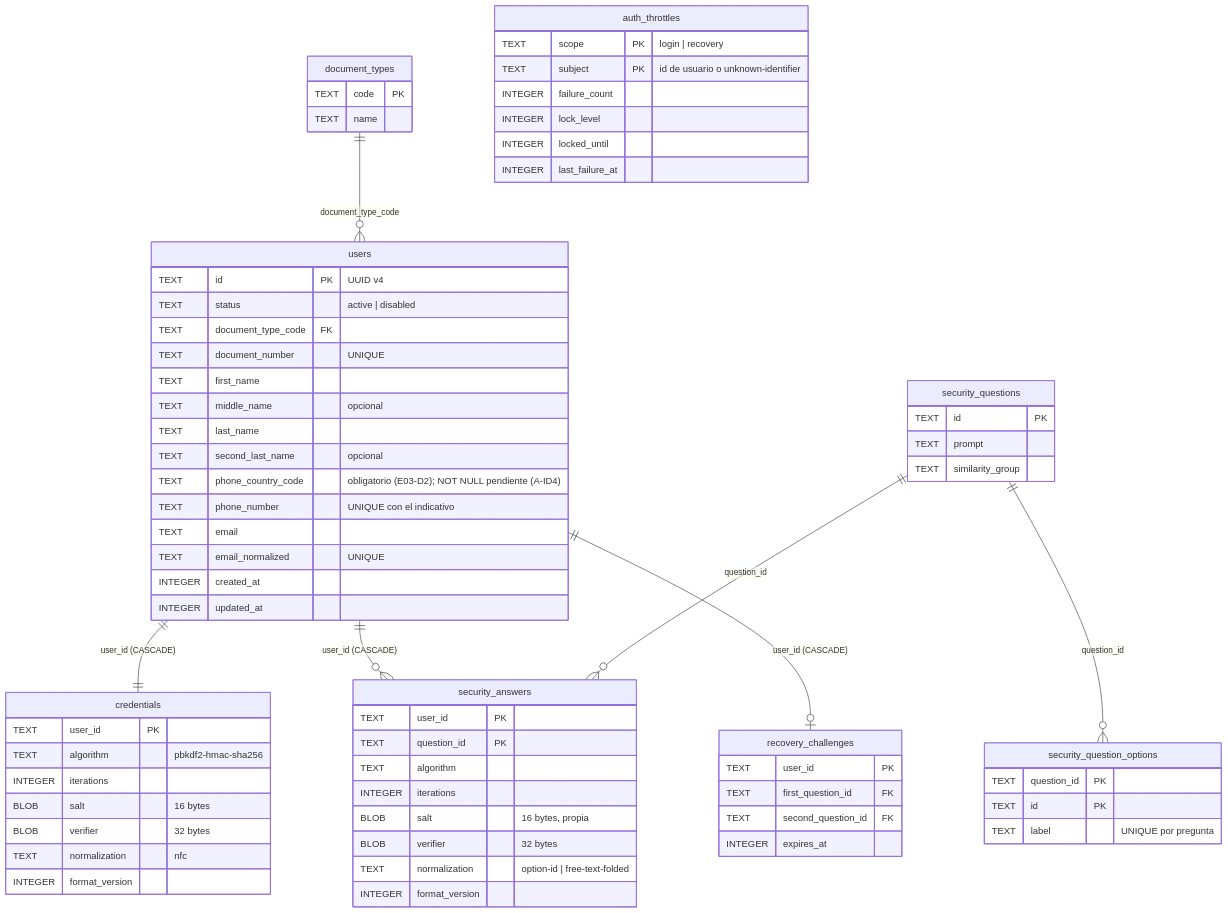
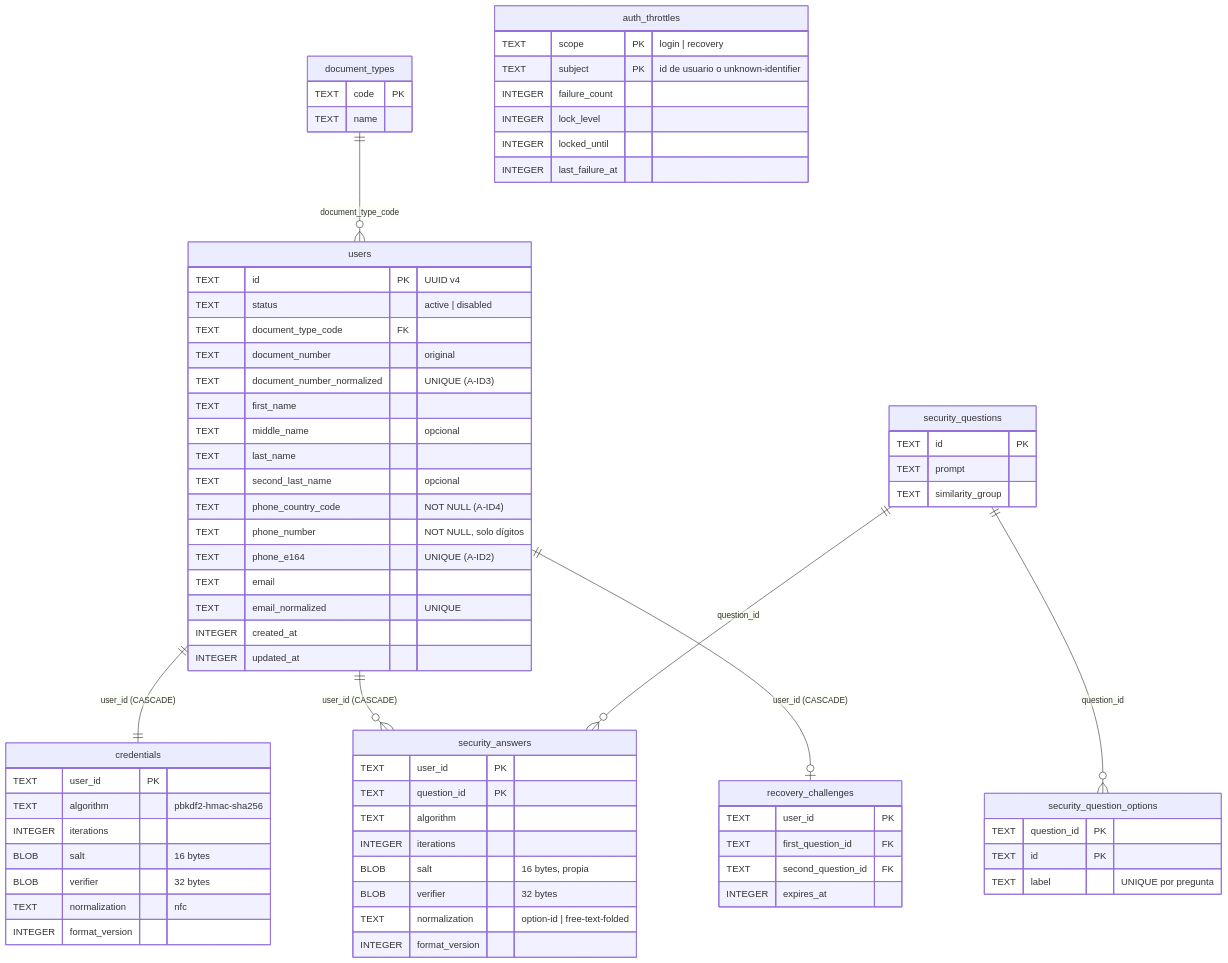
The diagram in docs/arquitectura-identidad.md (Akiraz14/GFP), drawn with Mermaid before and after one commit. The commit also changed other lines of this file and 45 other files, not shown here.

````diff
--- a/docs/arquitectura-identidad.md
+++ b/docs/arquitectura-identidad.md
@@ -52,72 +52,74 @@
 ```mermaid
 erDiagram
   document_types ||--o{ users : "document_type_code"
   users ||--|| credentials : "user_id (CASCADE)"
   users ||--o{ security_answers : "user_id (CASCADE)"
   security_questions ||--o{ security_answers : "question_id"
   security_questions ||--o{ security_question_options : "question_id"
   users ||--o| recovery_challenges : "user_id (CASCADE)"
   users {
     TEXT id PK "UUID v4"
     TEXT status "active | disabled"
     TEXT document_type_code FK
-    TEXT document_number "UNIQUE"
+    TEXT document_number "original"
+    TEXT document_number_normalized "UNIQUE (A-ID3)"
     TEXT first_name
     TEXT middle_name "opcional"
     TEXT last_name
     TEXT second_last_name "opcional"
-    TEXT phone_country_code "obligatorio (E03-D2); NOT NULL pendiente (A-ID4)"
-    TEXT phone_number "UNIQUE con el indicativo"
+    TEXT phone_country_code "NOT NULL (A-ID4)"
+    TEXT phone_number "NOT NULL, solo dígitos"
+    TEXT phone_e164 "UNIQUE (A-ID2)"
     TEXT email
     TEXT email_normalized "UNIQUE"
     INTEGER created_at
     INTEGER updated_at
   }
   credentials {
     TEXT user_id PK
     TEXT algorithm "pbkdf2-hmac-sha256"
     INTEGER iterations
     BLOB salt "16 bytes"
     BLOB verifier "32 bytes"
     TEXT normalization "nfc"
     INTEGER format_version
   }
   security_answers {
     TEXT user_id PK
     TEXT question_id PK
     TEXT algorithm
     INTEGER iterations
     BLOB salt "16 bytes, propia"
     BLOB verifier "32 bytes"
     TEXT normalization "option-id | free-text-folded"
     INTEGER format_version
   }
   security_questions {
     TEXT id PK
     TEXT prompt
     TEXT similarity_group
   }
   security_question_options {
     TEXT question_id PK
     TEXT id PK
     TEXT label "UNIQUE por pregunta"
   }
   recovery_challenges {
     TEXT user_id PK
     TEXT first_question_id FK
     TEXT second_question_id FK
     INTEGER expires_at
   }
   auth_throttles {
     TEXT scope PK "login | recovery"
     TEXT subject PK "id de usuario o unknown-identifier"
     INTEGER failure_count
     INTEGER lock_level
     INTEGER locked_until
     INTEGER last_failure_at
   }
   document_types {
     TEXT code PK
     TEXT name
   }
 ```
````
